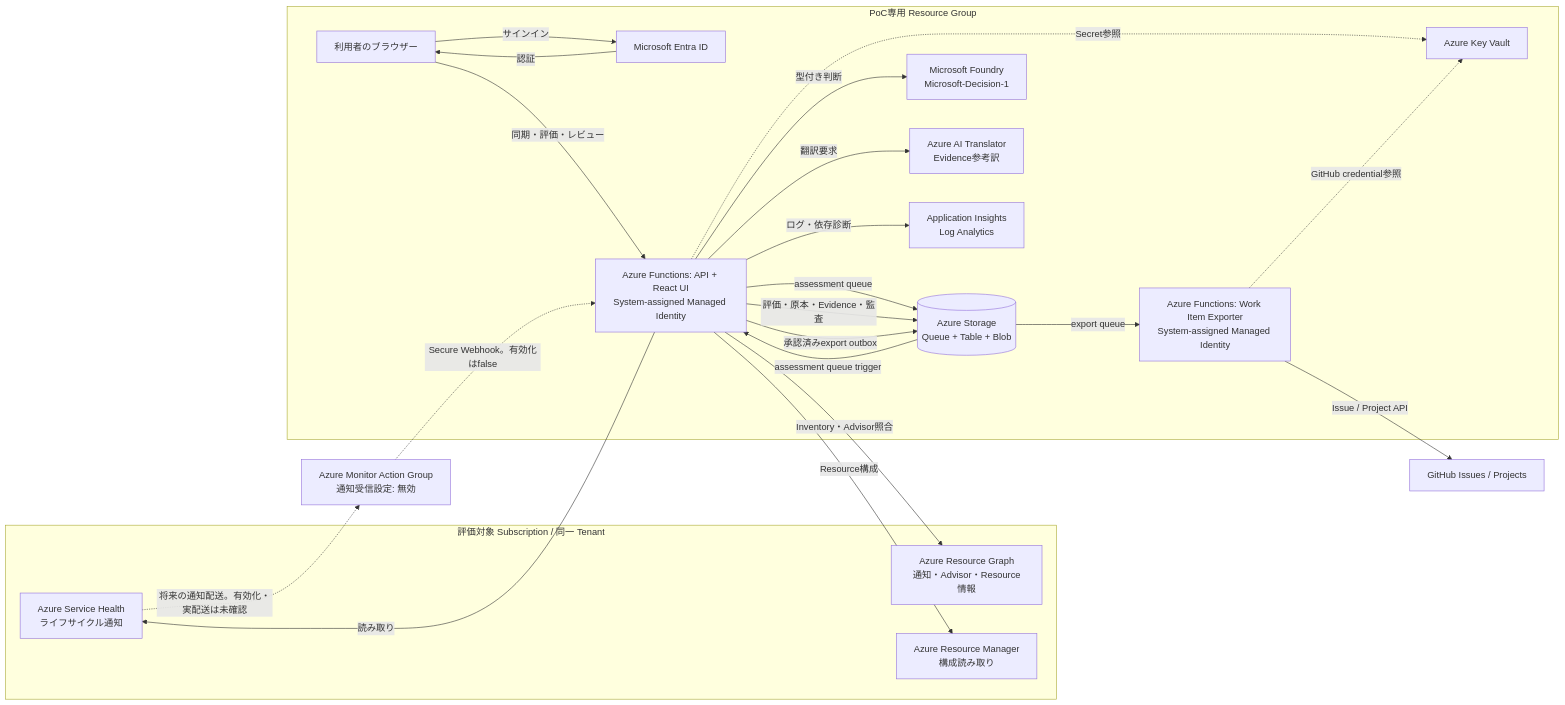
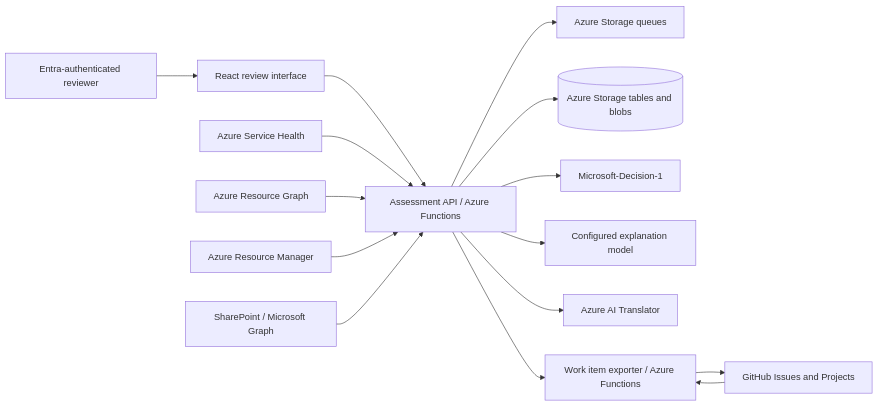
One commit to kdkwakaba/azure-retirement-planner changed the diagram in docs/architecture-and-decision-model.md. Above: the diagram before and after it, drawn with Mermaid. The commit also changed other lines of this file and 21 other files, not shown here.

````diff
--- a/docs/architecture-and-decision-model.md
+++ b/docs/architecture-and-decision-model.md
@@ -20,43 +7,17 @@
 ```mermaid
 flowchart LR
-  subgraph AzureScope[評価対象 Subscription / 同一 Tenant]
-    SH[Azure Service Health<br/>ライフサイクル通知]
-    ARG[Azure Resource Graph<br/>通知・Advisor・Resource情報]
-    ARM[Azure Resource Manager<br/>構成読み取り]
-  end
-
-  subgraph PoC[PoC専用 Resource Group]
-    User[利用者のブラウザー]
-    Entra[Microsoft Entra ID]
-    API[Azure Functions: API + React UI<br/>System-assigned Managed Identity]
-    Storage[(Azure Storage<br/>Queue + Table + Blob)]
-    Foundry[Microsoft Foundry<br/>Microsoft-Decision-1]
-    Translator[Azure AI Translator<br/>Evidence参考訳]
-    Insights[Application Insights<br/>Log Analytics]
-    Exporter[Azure Functions: Work Item Exporter<br/>System-assigned Managed Identity]
-    KV[Azure Key Vault]
-  end
-
-  GitHub[GitHub Issues / Projects]
-  ActionGroup[Azure Monitor Action Group<br/>通知受信設定: 無効]
-
-  User -->|サインイン| Entra
-  Entra -->|認証| User
-  User -->|同期・評価・レビュー| API
-  API -->|読み取り| SH
-  API -->|Inventory・Advisor照合| ARG
-  API -->|Resource構成| ARM
-  API -->|assessment queue| Storage
-  Storage -->|assessment queue trigger| API
-  API -->|型付き判断| Foundry
-  API -->|翻訳要求| Translator
-  API -->|評価・原本・Evidence・監査| Storage
-  API -->|ログ・依存診断| Insights
-  API -->|承認済みexport outbox| Storage
-  Storage -->|export queue| Exporter
-  Exporter -->|Issue / Project API| GitHub
-  API -.->|Secret参照| KV
-  Exporter -.->|GitHub credential参照| KV
-  SH -.->|将来の通知配送。有効化・実配送は未確認| ActionGroup
-  ActionGroup -.->|Secure Webhook。有効化はfalse| API
+  User[Entra-authenticated reviewer] --> UI[React review interface]
+  UI --> API[Assessment API / Azure Functions]
+  SH[Azure Service Health] --> API
+  ARG[Azure Resource Graph] --> API
+  ARM[Azure Resource Manager] --> API
+  SP[SharePoint / Microsoft Graph] --> API
+  API --> Q[Azure Storage queues]
+  API --> DB[(Azure Storage tables and blobs)]
+  API --> D1[Microsoft-Decision-1]
+  API --> EX[Configured explanation model]
+  API --> TR[Azure AI Translator]
+  API --> EXP[Work item exporter / Azure Functions]
+  EXP --> GH[GitHub Issues and Projects]
+  GH --> EXP
 ```
````
